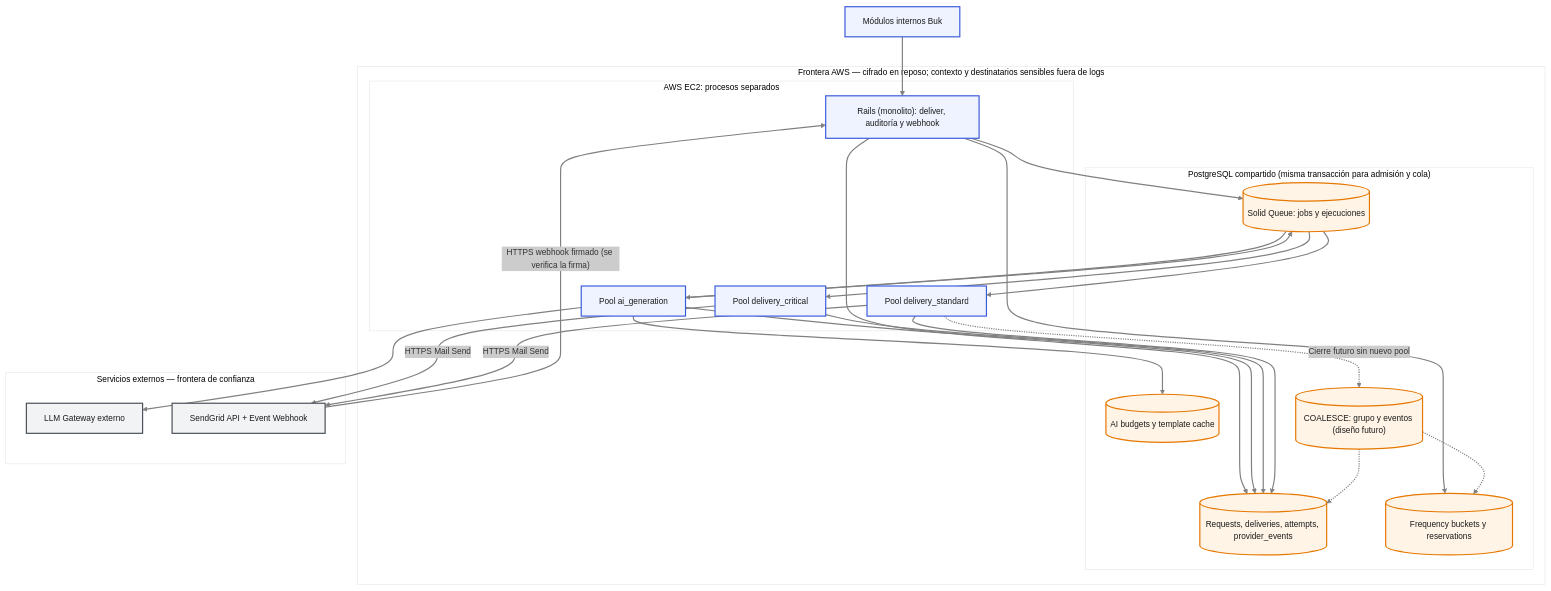
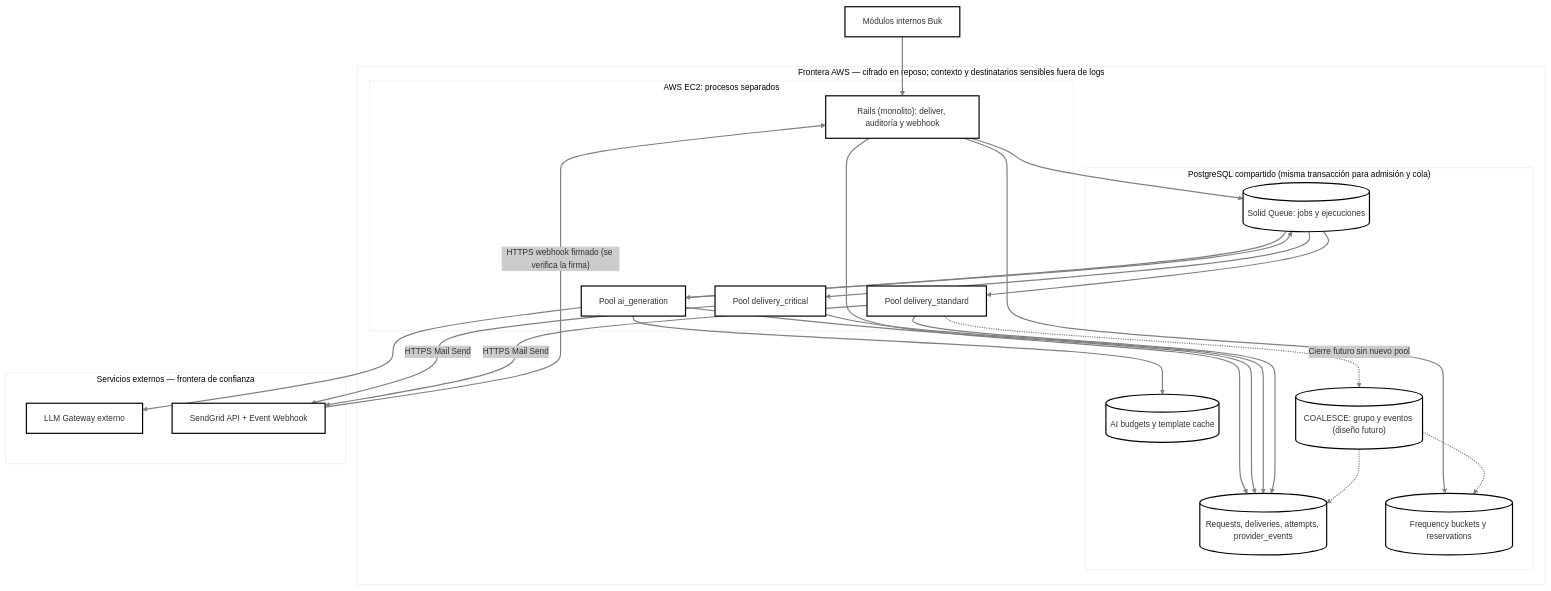
Before and after one commit to natha9404/codespaces-rails: the diagram in app/assets/images/infraestructura_detalle.mmd, drawn with Mermaid. The commit also changed 9 other files, not shown here.

First line of the commit message:
Unificar estilo de los diagramas: tema neo y líneas grises

```diff
--- a/app/assets/images/infraestructura_detalle.mmd
+++ b/app/assets/images/infraestructura_detalle.mmd
@@ -1,52 +1,45 @@
 ---
 config:
   theme: neo
 ---
 flowchart TB
   Modules["Módulos internos Buk"]
   subgraph AWS["Frontera AWS — cifrado en reposo; contexto y destinatarios sensibles fuera de logs"]
     subgraph EC2["AWS EC2: procesos separados"]
       Web["Rails (monolito): deliver, auditoría y webhook"]
       AI["Pool ai_generation"]
       Critical["Pool delivery_critical"]
       Standard["Pool delivery_standard"]
     end
     subgraph PG["PostgreSQL compartido (misma transacción para admisión y cola)"]
       Business[("Requests, deliveries, attempts, provider_events")]
       Freq[("Frequency buckets y reservations")]
       SQ[("Solid Queue: jobs y ejecuciones")]
       AIData[("AI budgets y template cache")]
       Future[("COALESCE: grupo y eventos (diseño futuro)")]
     end
   end
   subgraph EXT["Servicios externos — frontera de confianza"]
     LLM["LLM Gateway externo"]
     SG["SendGrid API + Event Webhook"]
   end
   Modules --> Web
   Web --> Business
   Web --> Freq
   Web --> SQ
   SQ --> AI
   SQ --> Critical
   SQ --> Standard
   AI --> LLM
   AI --> AIData
   AI --> Business
   AI --> SQ
   Critical --> Business
   Standard --> Business
   Critical -->|"HTTPS Mail Send"| SG
   Standard -->|"HTTPS Mail Send"| SG
   SG -->|"HTTPS webhook firmado (se verifica la firma)"| Web
   Standard -.->|"Cierre futuro sin nuevo pool"| Future
   Future -.-> Business
   Future -.-> Freq
-
-  classDef comp fill:#eef3ff,stroke:#3b5bdb,color:#1b1b1b
-  classDef store fill:#fff4e6,stroke:#e67700,color:#1b1b1b
-  classDef ext fill:#f1f3f5,stroke:#495057,color:#1b1b1b
-  class Modules,Web,AI,Critical,Standard comp
-  class Business,Freq,SQ,AIData,Future store
-  class LLM,SG ext
   linkStyle default stroke:#808080
```
